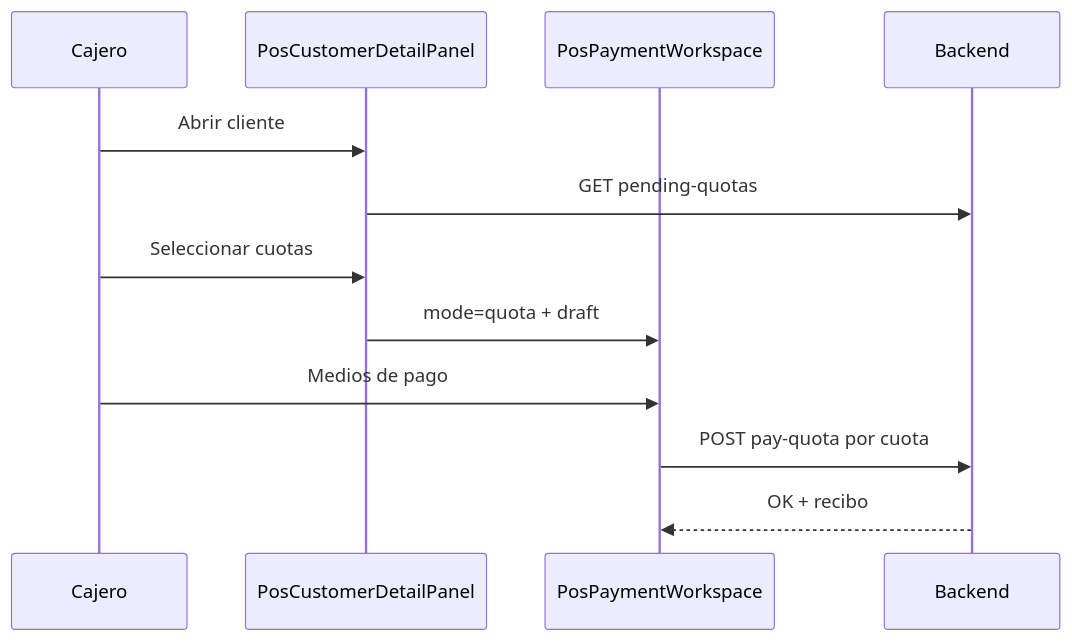
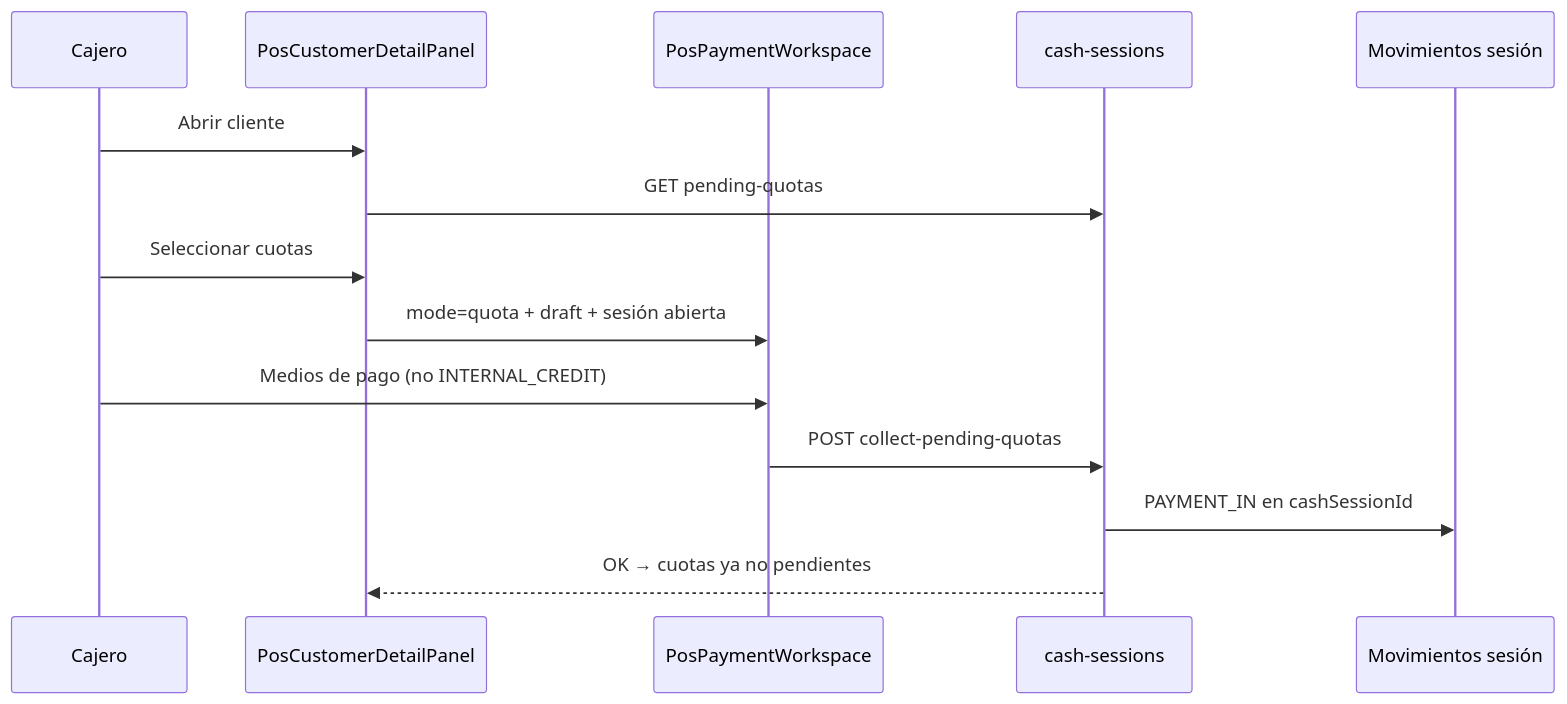
One commit to felipechandiadev/flow-store-2 changed the diagram in docs/implementaciones-futuras/IF-05-pos-credito-clientes.md. Above: the diagram before and after it, drawn with Mermaid. The commit also changed other lines of this file and 61 other files, not shown here.

First line of the commit message:
feat: cobro de cuotas POS, stock en recepción y tickets ESC/POS ampliados

````diff
--- a/docs/implementaciones-futuras/IF-05-pos-credito-clientes.md
+++ b/docs/implementaciones-futuras/IF-05-pos-credito-clientes.md
@@ -134,15 +196,17 @@
 ```mermaid
 sequenceDiagram
   participant Cajero
   participant Ficha as PosCustomerDetailPanel
   participant Cobro as PosPaymentWorkspace
-  participant API as Backend
+  participant API as cash-sessions
+  participant Caja as Movimientos sesión
 
   Cajero->>Ficha: Abrir cliente
   Ficha->>API: GET pending-quotas
   Cajero->>Ficha: Seleccionar cuotas
-  Ficha->>Cobro: mode=quota + draft
-  Cajero->>Cobro: Medios de pago
-  Cobro->>API: POST pay-quota por cuota
-  API-->>Cobro: OK + recibo
+  Ficha->>Cobro: mode=quota + draft + sesión abierta
+  Cajero->>Cobro: Medios de pago (no INTERNAL_CREDIT)
+  Cobro->>API: POST collect-pending-quotas
+  API->>Caja: PAYMENT_IN en cashSessionId
+  API-->>Ficha: OK → cuotas ya no pendientes
 ```
````
